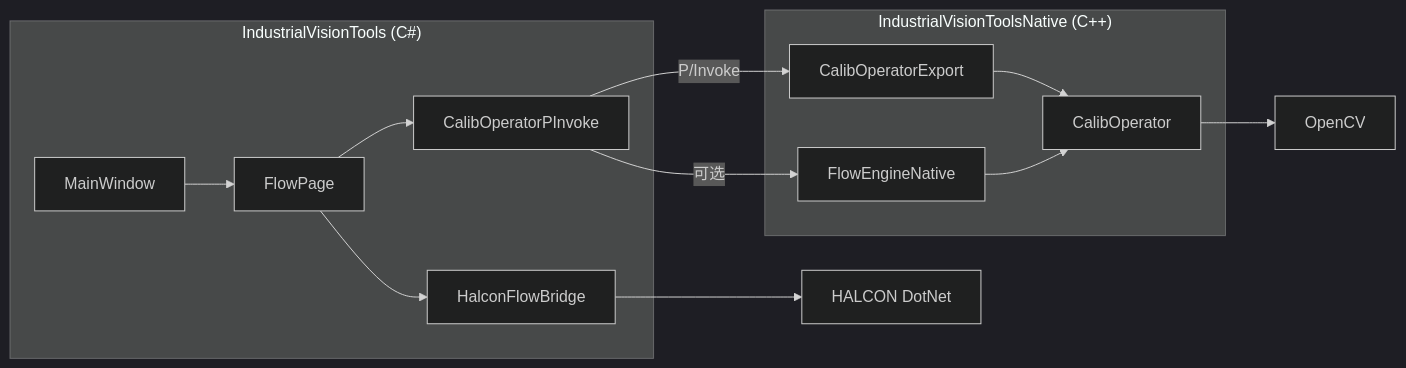
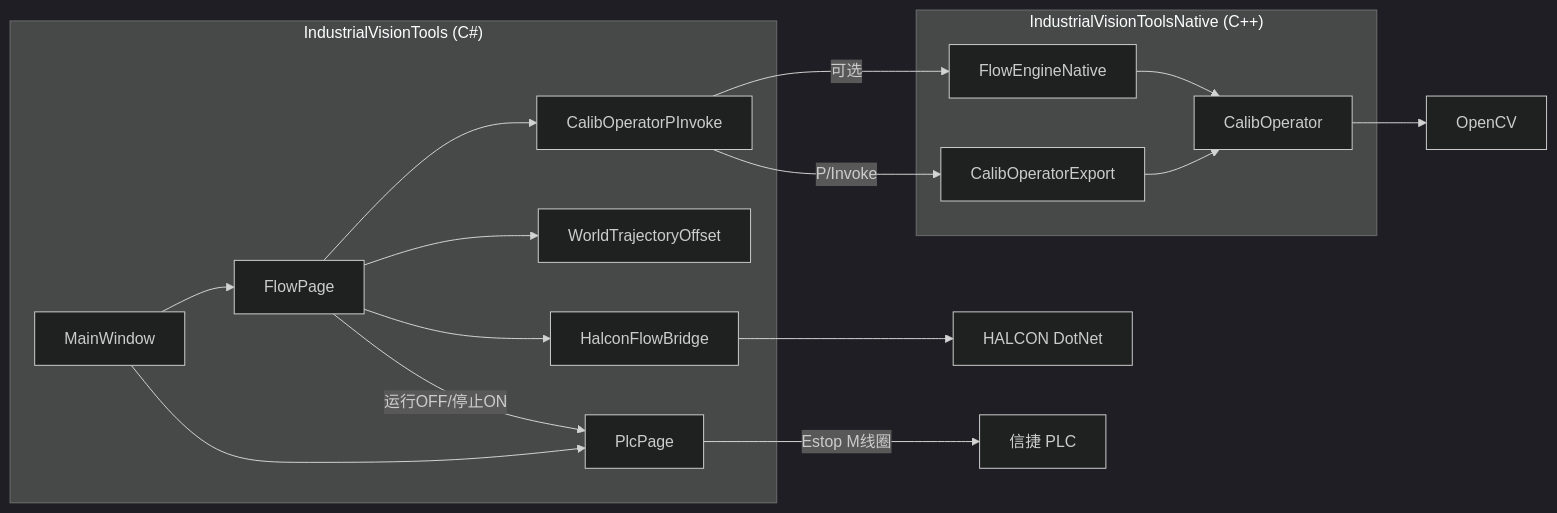
Before and after one commit to hucunzhen/calibrate-api: the diagram in XVCalibrate/ARCHITECTURE.md, drawn with Mermaid (dark theme). The commit also changed other lines of this file and 16 other files, not shown here.

Commit message:
Move close/overrun/tail into world_traj_offset, wire Estop on stop/run, and add crash-surviving AppRunLog.

````diff
--- a/XVCalibrate/ARCHITECTURE.md
+++ b/XVCalibrate/ARCHITECTURE.md
@@ -83,23 +89,29 @@
 ```mermaid
 flowchart LR
   subgraph UI["IndustrialVisionTools (C#)"]
     MW[MainWindow]
     FP[FlowPage]
+    PLC[PlcPage]
+    WTO[WorldTrajectoryOffset]
     HB[HalconFlowBridge]
     PI[CalibOperatorPInvoke]
     MW --> FP
+    MW --> PLC
+    FP -->|运行OFF/停止ON| PLC
+    FP --> WTO
     FP --> HB
     FP --> PI
   end
   subgraph Native["IndustrialVisionToolsNative (C++)"]
     CE[CalibOperatorExport]
     CO[CalibOperator]
     FE[FlowEngineNative]
     CE --> CO
     FE --> CO
   end
   PI -->|P/Invoke| CE
   PI -->|可选| FE
   CO --> OCV[OpenCV]
   HB --> HAL[HALCON DotNet]
+  PLC -->|Estop M线圈| XJ[信捷 PLC]
 ```
````
